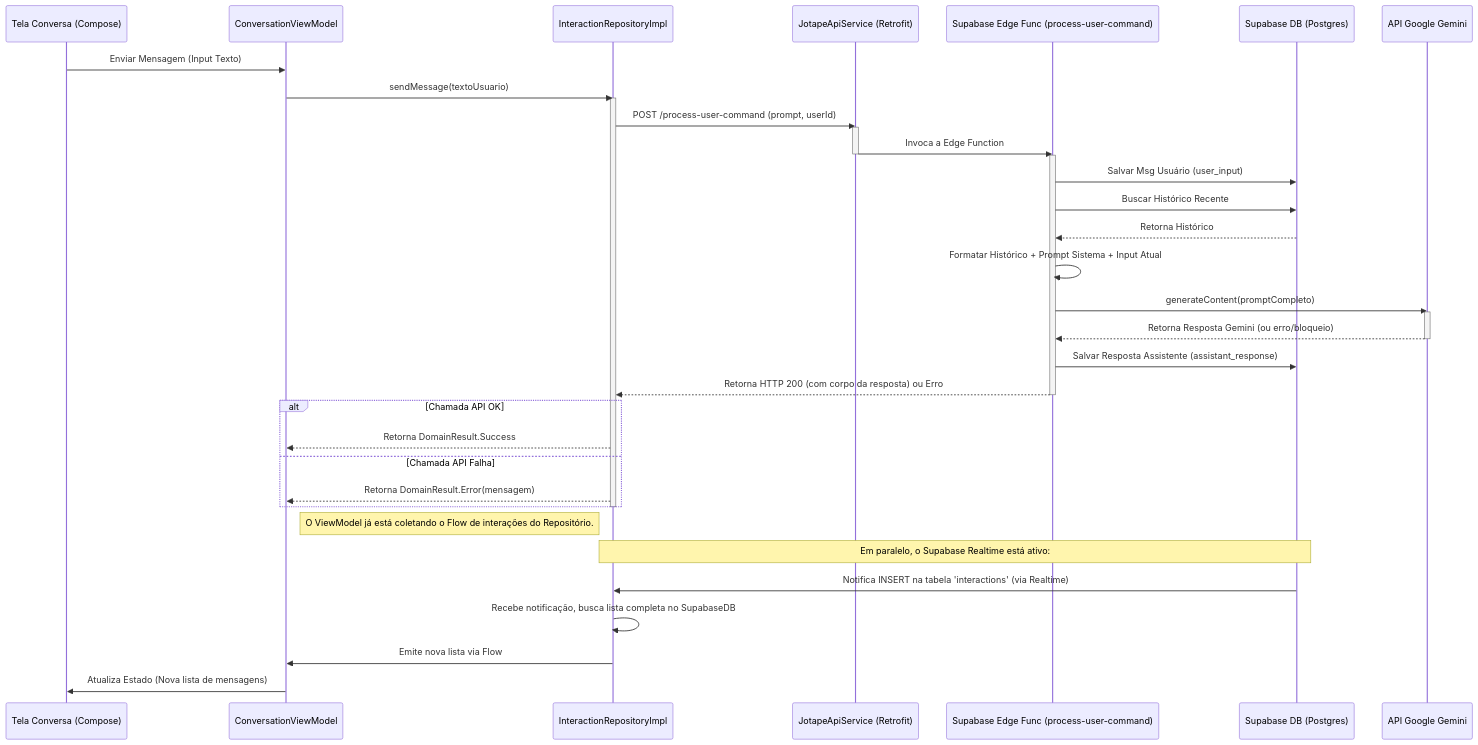
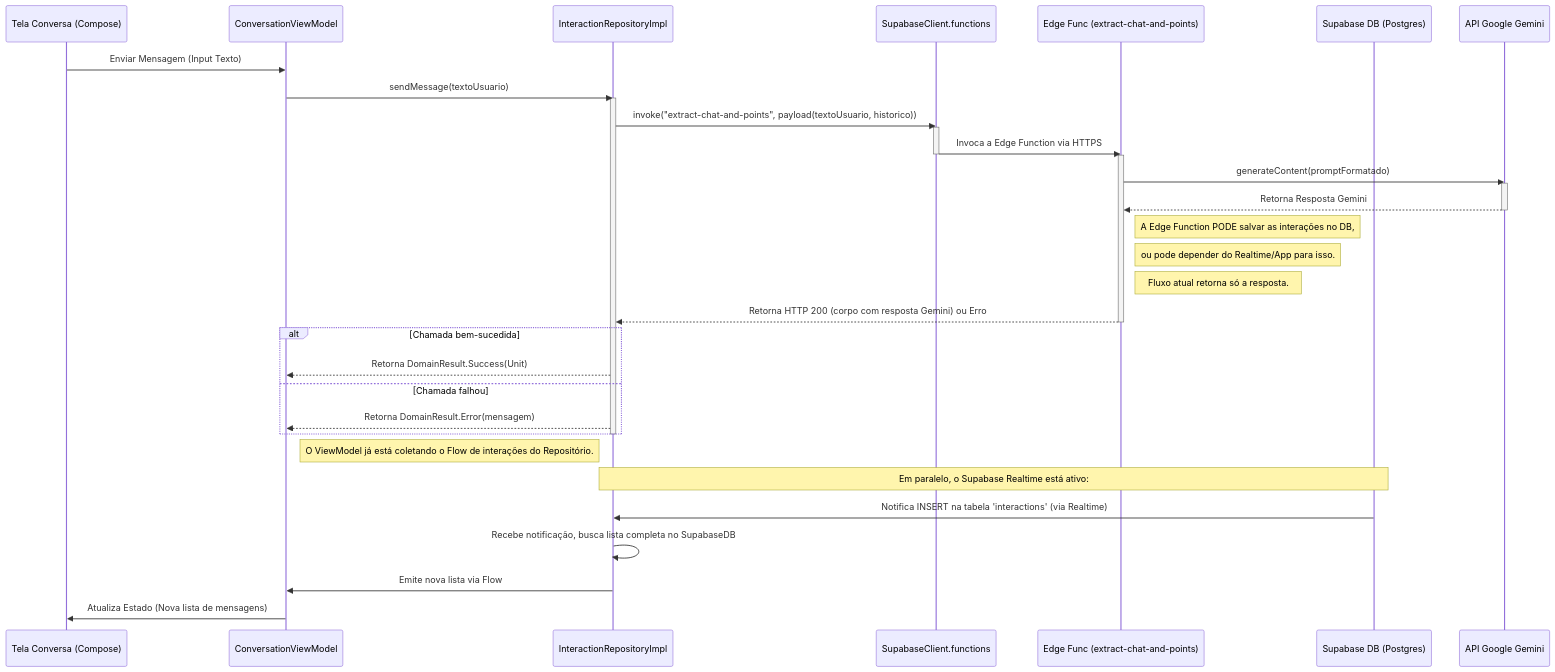
One commit to msrovani/Jotape changed the diagram in docs/03_Fluxo_Processamento.md. Above: the diagram before and after it, drawn with Mermaid. The commit also changed other lines of this file and 30 other files, not shown here.

Commit message:
versao com edge e assuntos importantes

````diff
--- a/docs/03_Fluxo_Processamento.md
+++ b/docs/03_Fluxo_Processamento.md
@@ -9,48 +9,48 @@
 ```mermaid
 sequenceDiagram
     participant UI as Tela Conversa (Compose)
     participant ViewModel as ConversationViewModel
     participant Repo as InteractionRepositoryImpl
-    participant API as JotapeApiService (Retrofit)
-    participant EdgeFunc as Supabase Edge Func (process-user-command)
+    participant SupaFunc as SupabaseClient.functions
+    participant EdgeFunc as Edge Func (extract-chat-and-points)
     participant SupabaseDB as Supabase DB (Postgres)
     participant Gemini as API Google Gemini
 
     UI->>ViewModel: Enviar Mensagem (Input Texto)
     ViewModel->>Repo: sendMessage(textoUsuario)
     activate Repo
 
-    Repo->>API: POST /process-user-command (prompt, userId)
-    activate API
-    API->>EdgeFunc: Invoca a Edge Function
-    deactivate API
+    Repo->>SupaFunc: invoke("extract-chat-and-points", payload(textoUsuario, historico))
+    activate SupaFunc
+    SupaFunc->>EdgeFunc: Invoca a Edge Function via HTTPS
+    deactivate SupaFunc
     activate EdgeFunc
 
-    EdgeFunc->>SupabaseDB: Salvar Msg Usuário (user_input)
-    EdgeFunc->>SupabaseDB: Buscar Histórico Recente
-    SupabaseDB-->>EdgeFunc: Retorna Histórico
-    EdgeFunc->>EdgeFunc: Formatar Histórico + Prompt Sistema + Input Atual
-    EdgeFunc->>Gemini: generateContent(promptCompleto)
+    EdgeFunc->>Gemini: generateContent(promptFormatado)
     activate Gemini
-    Gemini-->>EdgeFunc: Retorna Resposta Gemini (ou erro/bloqueio)
+    Gemini-->>EdgeFunc: Retorna Resposta Gemini
     deactivate Gemini
-    EdgeFunc->>SupabaseDB: Salvar Resposta Assistente (assistant_response)
-    EdgeFunc-->>Repo: Retorna HTTP 200 (com corpo da resposta) ou Erro
+
+    Note right of EdgeFunc: A Edge Function PODE salvar as interações no DB,
+    Note right of EdgeFunc: ou pode depender do Realtime/App para isso.
+    Note right of EdgeFunc: Fluxo atual retorna só a resposta.
+
+    EdgeFunc-->>Repo: Retorna HTTP 200 (corpo com resposta Gemini) ou Erro
     deactivate EdgeFunc
 
-    alt Chamada API OK
-        Repo-->>ViewModel: Retorna DomainResult.Success
-    else Chamada API Falha
+    alt Chamada bem-sucedida
+        Repo-->>ViewModel: Retorna DomainResult.Success(Unit)
+    else Chamada falhou
         Repo-->>ViewModel: Retorna DomainResult.Error(mensagem)
     end
     deactivate Repo
 
     Note right of ViewModel: O ViewModel já está coletando o Flow de interações do Repositório.
 
     Note over SupabaseDB, Repo: Em paralelo, o Supabase Realtime está ativo:
 SupabaseDB->>Repo: Notifica INSERT na tabela 'interactions' (via Realtime)
 Repo->>Repo: Recebe notificação, busca lista completa no SupabaseDB
 Repo->>ViewModel: Emite nova lista via Flow
 ViewModel->>UI: Atualiza Estado (Nova lista de mensagens)
 
 ```
````
